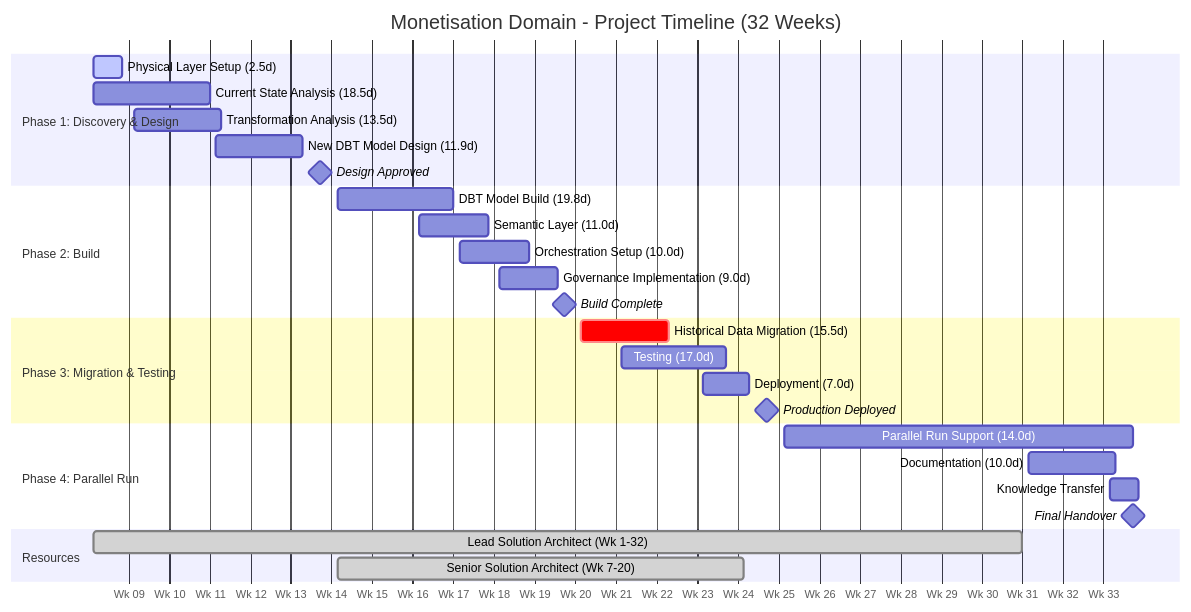
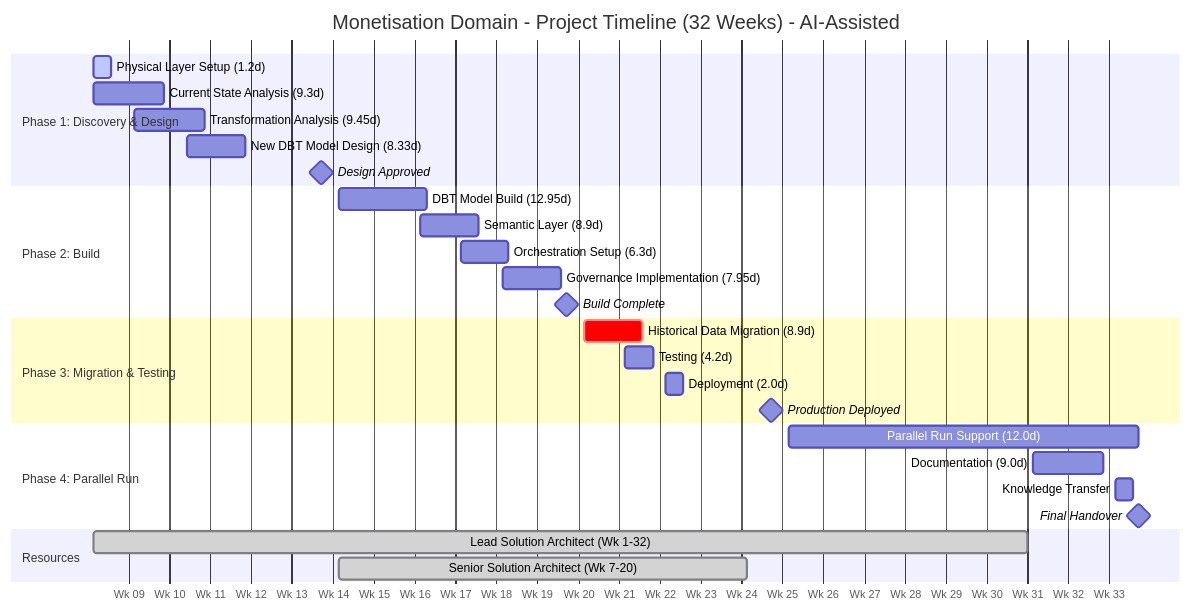
Before and after one commit to sfc-gh-mhindi/REPO_CANVA: the first of 2 diagrams in 4-DataPipelinePrioritisation/Monetization Domain/Monetisation_Domain_Scope_of_Work_INTERNAL.md, drawn with Mermaid. The commit also changed other lines of this file and 2 other files, not shown here.

First line of the commit message:
Update Monetisation SOW with AI-assisted effort estimates

````diff
--- a/4-DataPipelinePrioritisation/Monetization Domain/Monetisation_Domain_Scope_of_Work_INTERNAL.md
+++ b/4-DataPipelinePrioritisation/Monetization Domain/Monetisation_Domain_Scope_of_Work_INTERNAL.md
@@ -590,37 +559,37 @@
 ```mermaid
 gantt
-    title Monetisation Domain - Project Timeline (32 Weeks)
+    title Monetisation Domain - Project Timeline (32 Weeks) - AI-Assisted
     dateFormat  YYYY-MM-DD
     axisFormat  Wk %W
     tickInterval 1week
     
     section Phase 1: Discovery & Design
-    Physical Layer Setup (2.5d)           :active, p1a, 2026-03-02, 5d
-    Current State Analysis (18.5d)        :p1b, 2026-03-02, 20d
-    Transformation Analysis (13.5d)       :p1c, 2026-03-09, 15d
-    New DBT Model Design (11.9d)          :p1d, 2026-03-23, 15d
+    Physical Layer Setup (1.2d)           :active, p1a, 2026-03-02, 3d
+    Current State Analysis (9.3d)         :p1b, 2026-03-02, 12d
+    Transformation Analysis (9.45d)       :p1c, 2026-03-09, 12d
+    New DBT Model Design (8.33d)          :p1d, 2026-03-18, 10d
     Design Approved                       :milestone, m1, 2026-04-10, 0d
     
     section Phase 2: Build
-    DBT Model Build (19.8d)               :p2a, 2026-04-13, 20d
-    Semantic Layer (11.0d)                :p2b, 2026-04-27, 12d
-    Orchestration Setup (10.0d)           :p2c, 2026-05-04, 12d
-    Governance Implementation (9.0d)      :p2d, 2026-05-11, 10d
+    DBT Model Build (12.95d)              :p2a, 2026-04-13, 15d
+    Semantic Layer (8.9d)                 :p2b, 2026-04-27, 10d
+    Orchestration Setup (6.3d)            :p2c, 2026-05-04, 8d
+    Governance Implementation (7.95d)     :p2d, 2026-05-11, 10d
     Build Complete                        :milestone, m2, 2026-05-22, 0d
     
     section Phase 3: Migration & Testing
-    Historical Data Migration (15.5d)     :crit, p3a, 2026-05-25, 15d
-    Testing (17.0d)                       :p3b, 2026-06-01, 18d
-    Deployment (7.0d)                     :p3c, 2026-06-15, 8d
+    Historical Data Migration (8.9d)      :crit, p3a, 2026-05-25, 10d
+    Testing (4.2d)                        :p3b, 2026-06-01, 5d
+    Deployment (2.0d)                     :p3c, 2026-06-08, 3d
     Production Deployed                   :milestone, m3, 2026-06-26, 0d
     
     section Phase 4: Parallel Run
-    Parallel Run Support (14.0d)          :p4a, 2026-06-29, 60d
-    Documentation (10.0d)                 :p4b, 2026-08-10, 15d
-    Knowledge Transfer                    :p4c, 2026-08-24, 5d
+    Parallel Run Support (12.0d)          :p4a, 2026-06-29, 60d
+    Documentation (9.0d)                  :p4b, 2026-08-10, 12d
+    Knowledge Transfer                    :p4c, 2026-08-24, 3d
     Final Handover                        :milestone, m4, 2026-08-28, 0d
     
     section Resources
     Lead Solution Architect (Wk 1-32)     :done, res1, 2026-03-02, 160d
     Senior Solution Architect (Wk 7-20)   :done, res2, 2026-04-13, 70d
 ```
````
